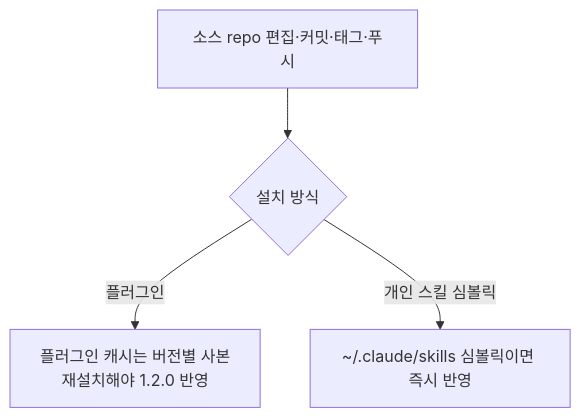
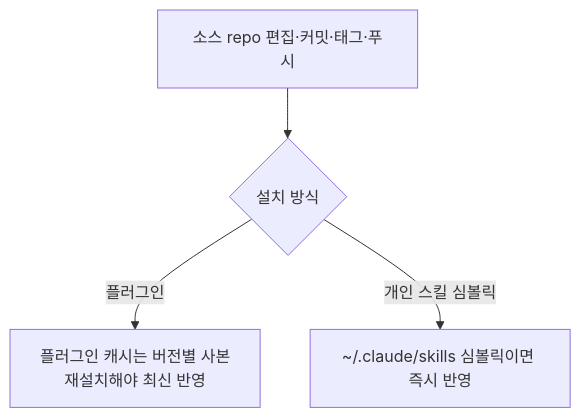
One commit to chquandogong/Quetzalcoatl changed the diagram in docs/05-ops/RUNBOOK.md. Above: the diagram before and after it, drawn with Mermaid. The commit also changed other lines of this file and 7 other files, not shown here.

````diff
--- a/docs/05-ops/RUNBOOK.md
+++ b/docs/05-ops/RUNBOOK.md
@@ -9,6 +9,6 @@
 ```mermaid
 flowchart TD
   S[소스 repo 편집·커밋·태그·푸시] --> A{설치 방식}
-  A -- 플러그인 --> P[플러그인 캐시는 버전별 사본<br/>재설치해야 1.2.0 반영]
+  A -- 플러그인 --> P[플러그인 캐시는 버전별 사본<br/>재설치해야 최신 반영]
   A -- 개인 스킬 심볼릭 --> L[~/.claude/skills 심볼릭이면 즉시 반영]
 ```
````
